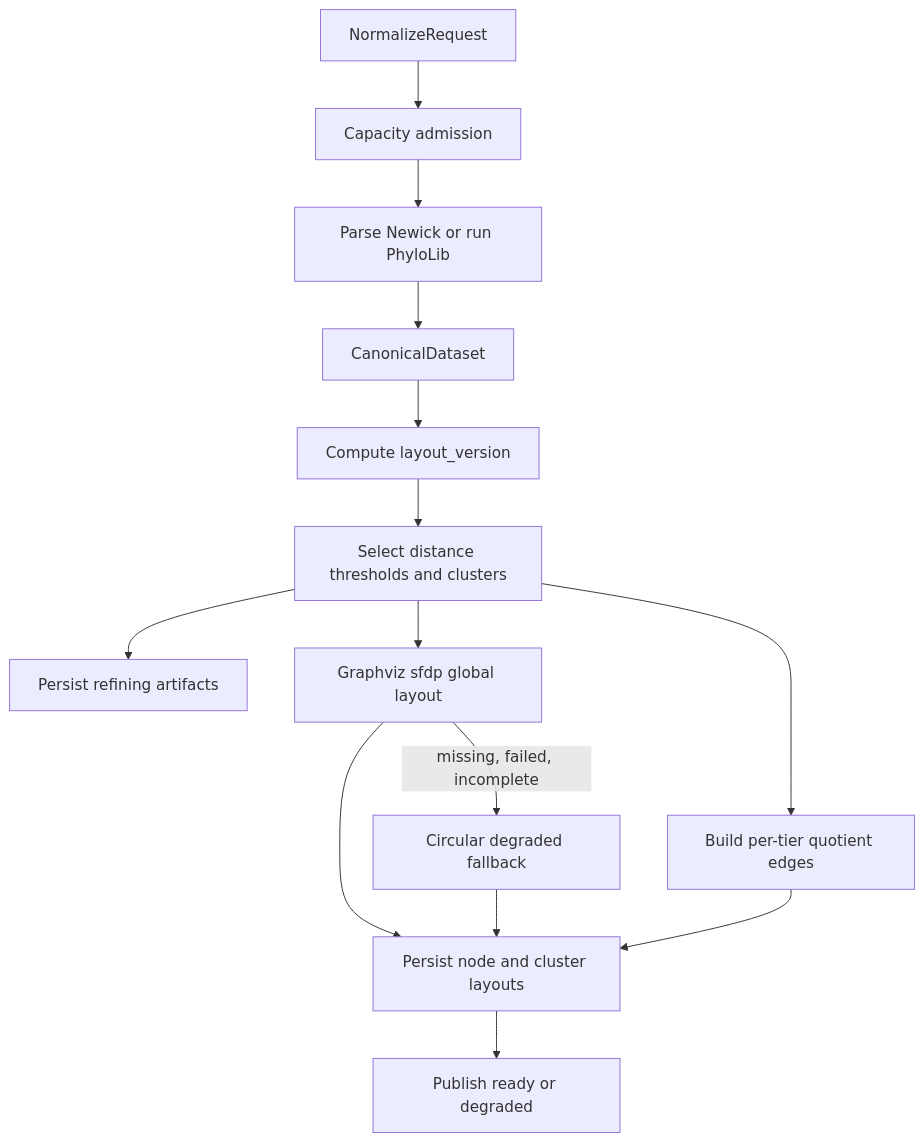
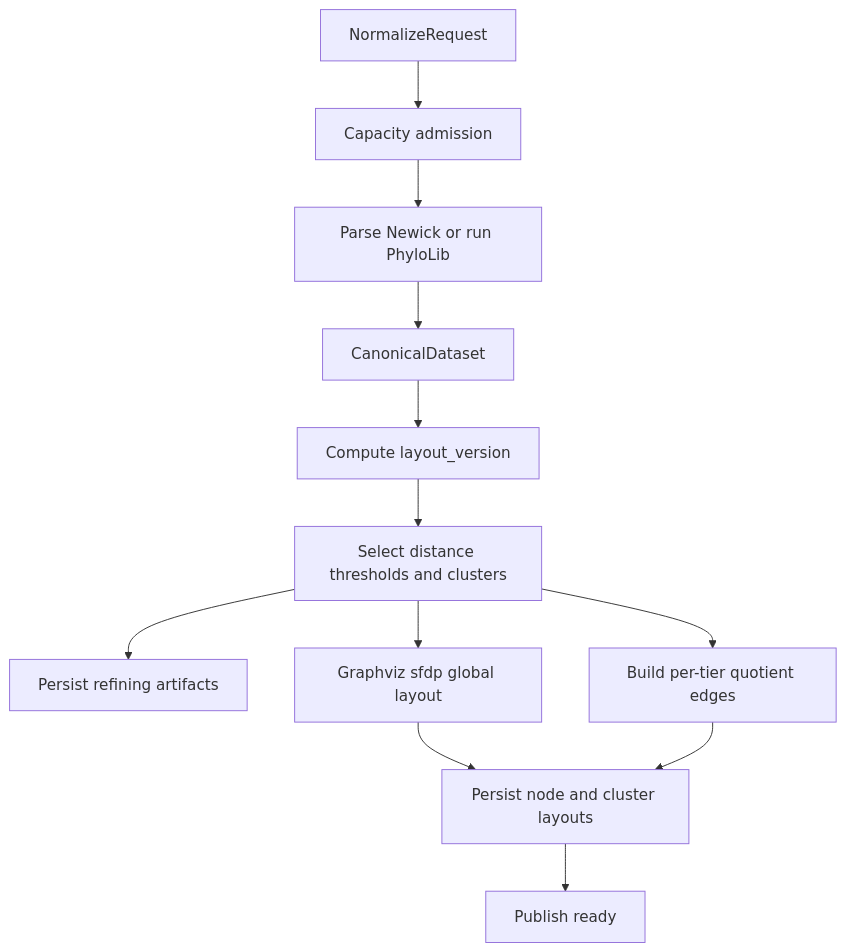
Before and after one commit to phyloviz/phylo-lens: the second of 5 diagrams in docs/flow.md, drawn with Mermaid. The commit also changed other lines of this file and 41 other files, not shown here.

````diff
--- a/docs/flow.md
+++ b/docs/flow.md
@@ -54,24 +54,21 @@
 ```mermaid
 flowchart TD
   Request[NormalizeRequest]
   Admission[Capacity admission]
   Parse[Parse Newick or run PhyloLib]
   Canonical[CanonicalDataset]
   Fingerprint[Compute layout_version]
   Cluster[Select distance thresholds and clusters]
   PersistBase[Persist refining artifacts]
   Edges[Build per-tier quotient edges]
   Layout[Graphviz sfdp global layout]
-  Fallback[Circular degraded fallback]
   PersistLayout[Persist node and cluster layouts]
-  Publish[Publish ready or degraded]
+  Publish[Publish ready]
 
   Request --> Admission --> Parse --> Canonical --> Fingerprint --> Cluster
   Cluster --> PersistBase
   Cluster --> Edges
   Cluster --> Layout
-  Layout -->|missing, failed, incomplete| Fallback
   Layout --> PersistLayout
-  Fallback --> PersistLayout
   Edges --> PersistLayout --> Publish
 ```
````
